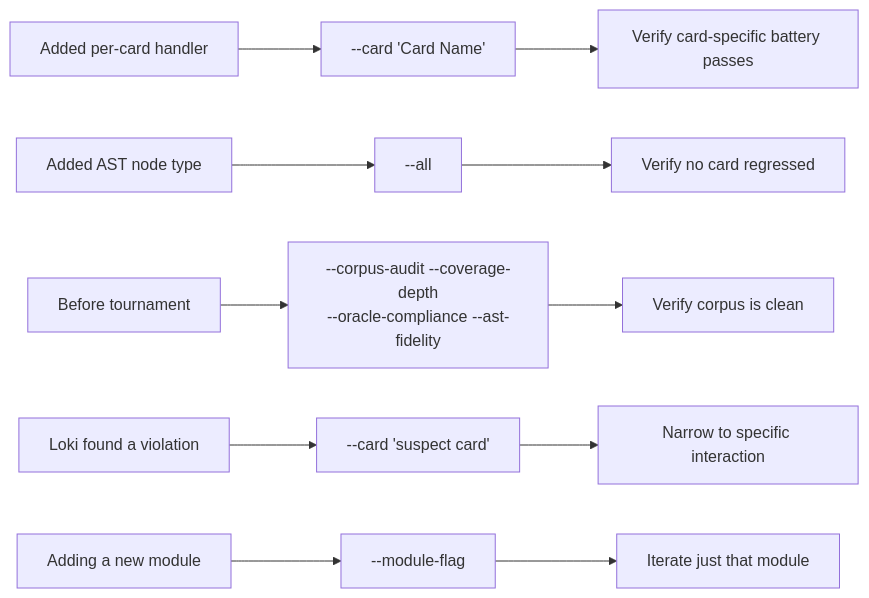
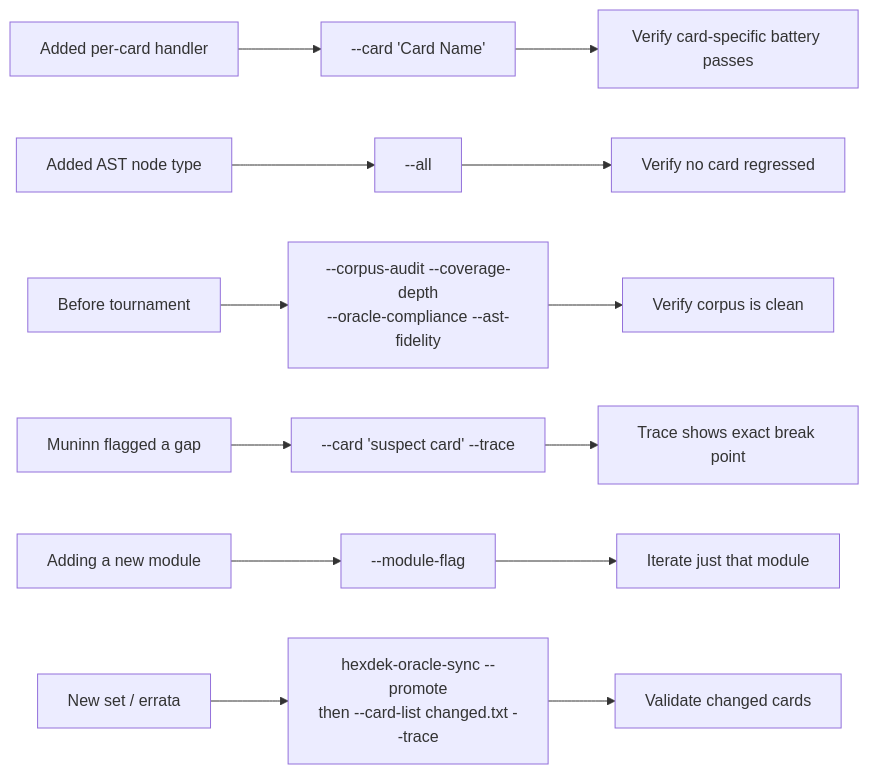
Before and after one commit to HexDek/HexDek: the third of 4 diagrams in docs/architecture/Tool - Thor.md, drawn with Mermaid. The commit also changed other lines of this file and 10 other files, not shown here.

First line of the commit message:
thor 2.0: action traces + oracle errata pipeline, retire Loki

````diff
--- a/docs/architecture/Tool - Thor.md
+++ b/docs/architecture/Tool - Thor.md
@@ -276,13 +276,15 @@
 ```mermaid
 flowchart LR
     Add[Added per-card handler] --> Thor1[--card 'Card Name']
     Thor1 --> Verify[Verify card-specific battery passes]
     AddAST[Added AST node type] --> Thor2[--all]
     Thor2 --> Regression[Verify no card regressed]
     PreTour[Before tournament] --> Thor3[--corpus-audit --coverage-depth<br/>--oracle-compliance --ast-fidelity]
     Thor3 --> Clean[Verify corpus is clean]
-    LokiBug[Loki found a violation] --> Thor4[--card 'suspect card']
-    Thor4 --> Narrow[Narrow to specific interaction]
+    MuninnGap[Muninn flagged a gap] --> Thor4[--card 'suspect card' --trace]
+    Thor4 --> Narrow[Trace shows exact break point]
     NewMod[Adding a new module] --> Thor5[--module-flag]
     Thor5 --> Iterate[Iterate just that module]
+    SetRelease[New set / errata] --> Thor6[hexdek-oracle-sync --promote<br/>then --card-list changed.txt --trace]
+    Thor6 --> Validate[Validate changed cards]
 ```
````
